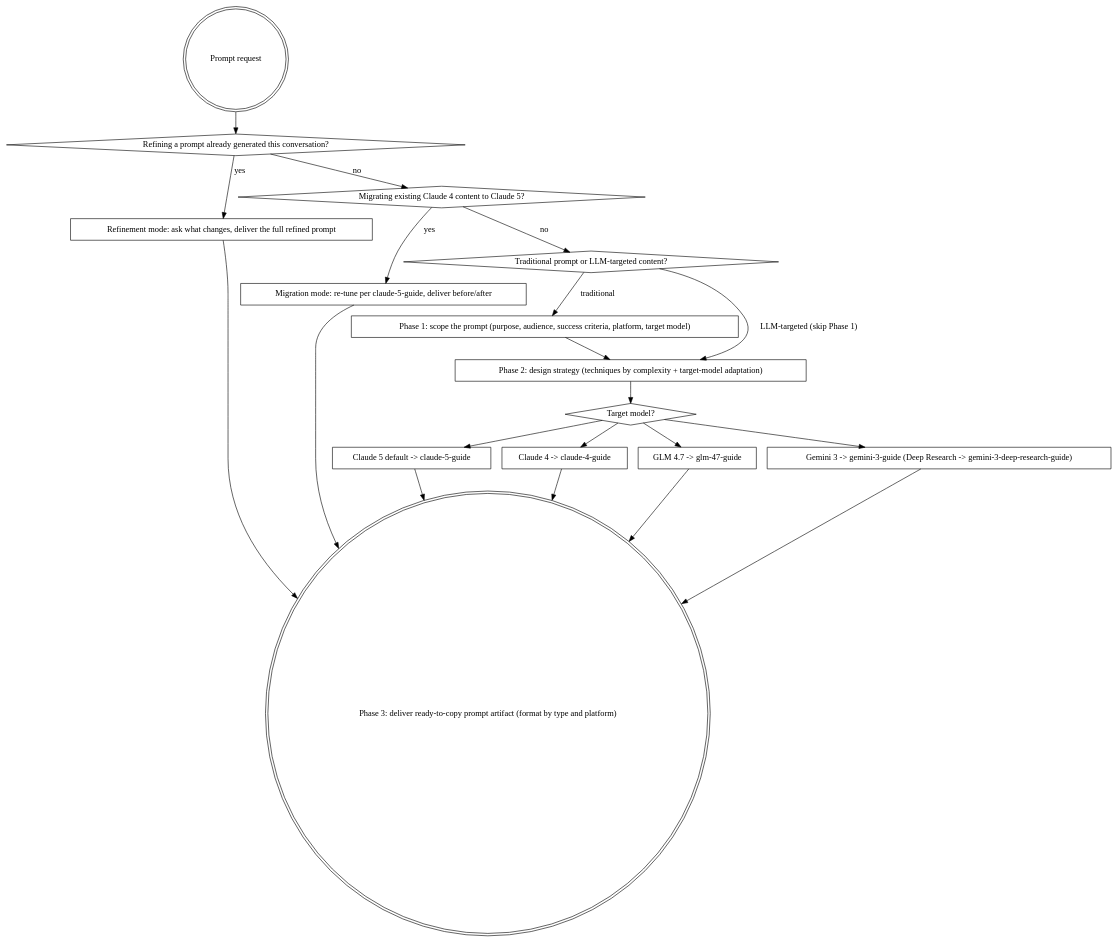
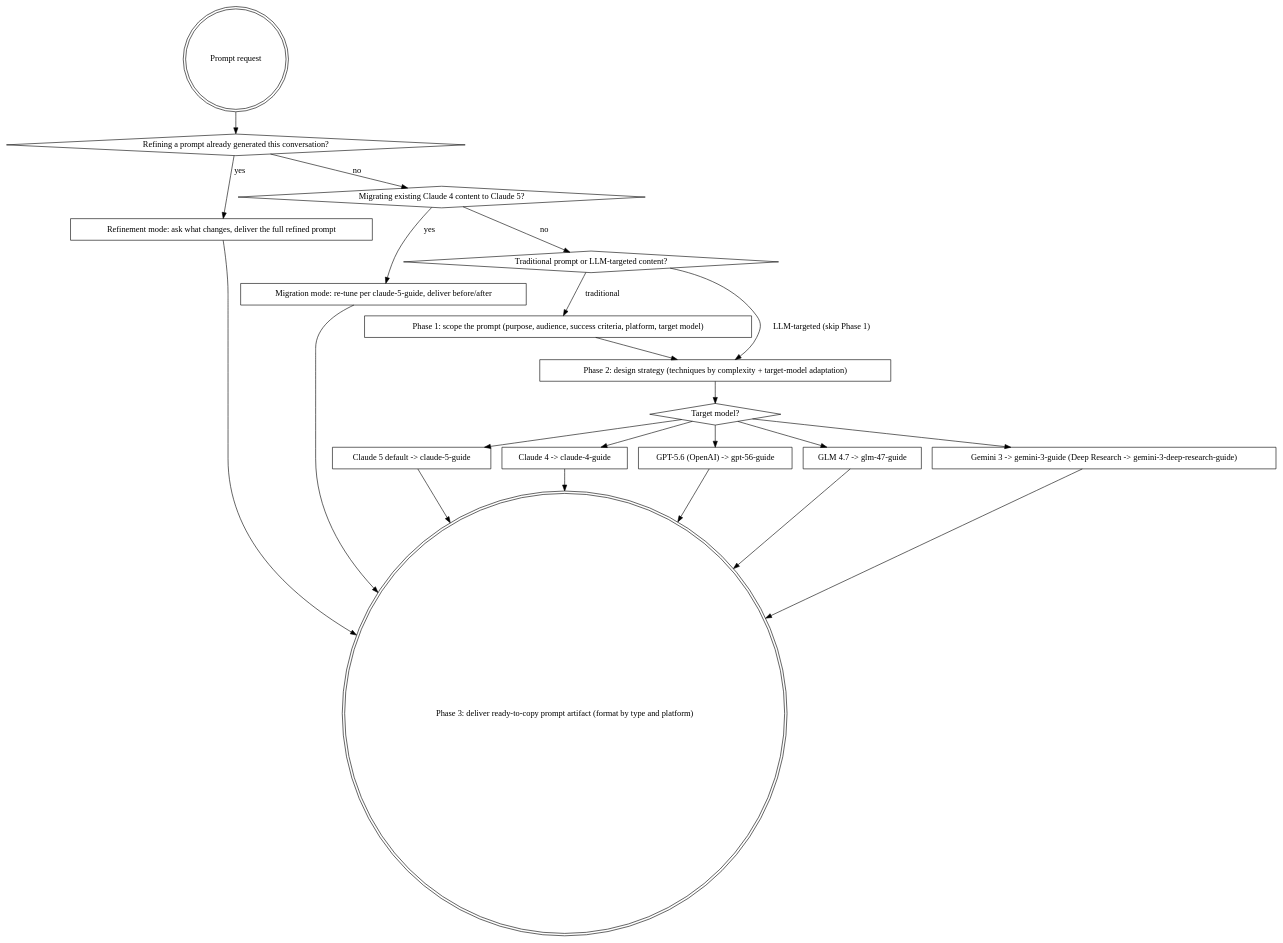
The diagram in plugins/llm-author/skills/prompt-engineering/SKILL.md (it-bens/ai-tools), drawn with Graphviz before and after one commit. The commit also changed other lines of this file and 20 other files, not shown here.

````diff
--- a/plugins/llm-author/skills/prompt-engineering/SKILL.md
+++ b/plugins/llm-author/skills/prompt-engineering/SKILL.md
@@ -47,38 +47,41 @@
 ```dot
 digraph prompt_engineering {
     "Prompt request" [shape=doublecircle];
     "Refining a prompt already generated this conversation?" [shape=diamond];
     "Refinement mode: ask what changes, deliver the full refined prompt" [shape=box];
     "Migrating existing Claude 4 content to Claude 5?" [shape=diamond];
     "Migration mode: re-tune per claude-5-guide, deliver before/after" [shape=box];
     "Traditional prompt or LLM-targeted content?" [shape=diamond];
     "Phase 1: scope the prompt (purpose, audience, success criteria, platform, target model)" [shape=box];
     "Phase 2: design strategy (techniques by complexity + target-model adaptation)" [shape=box];
     "Target model?" [shape=diamond];
     "Claude 5 default -> claude-5-guide" [shape=box];
     "Claude 4 -> claude-4-guide" [shape=box];
+    "GPT-5.6 (OpenAI) -> gpt-56-guide" [shape=box];
     "GLM 4.7 -> glm-47-guide" [shape=box];
     "Gemini 3 -> gemini-3-guide (Deep Research -> gemini-3-deep-research-guide)" [shape=box];
     "Phase 3: deliver ready-to-copy prompt artifact (format by type and platform)" [shape=doublecircle];
 
     "Prompt request" -> "Refining a prompt already generated this conversation?";
     "Refining a prompt already generated this conversation?" -> "Refinement mode: ask what changes, deliver the full refined prompt" [label="yes"];
     "Refinement mode: ask what changes, deliver the full refined prompt" -> "Phase 3: deliver ready-to-copy prompt artifact (format by type and platform)";
     "Refining a prompt already generated this conversation?" -> "Migrating existing Claude 4 content to Claude 5?" [label="no"];
     "Migrating existing Claude 4 content to Claude 5?" -> "Migration mode: re-tune per claude-5-guide, deliver before/after" [label="yes"];
     "Migration mode: re-tune per claude-5-guide, deliver before/after" -> "Phase 3: deliver ready-to-copy prompt artifact (format by type and platform)";
     "Migrating existing Claude 4 content to Claude 5?" -> "Traditional prompt or LLM-targeted content?" [label="no"];
     "Traditional prompt or LLM-targeted content?" -> "Phase 1: scope the prompt (purpose, audience, success criteria, platform, target model)" [label="traditional"];
     "Traditional prompt or LLM-targeted content?" -> "Phase 2: design strategy (techniques by complexity + target-model adaptation)" [label="LLM-targeted (skip Phase 1)"];
     "Phase 1: scope the prompt (purpose, audience, success criteria, platform, target model)" -> "Phase 2: design strategy (techniques by complexity + target-model adaptation)";
     "Phase 2: design strategy (techniques by complexity + target-model adaptation)" -> "Target model?";
     "Target model?" -> "Claude 5 default -> claude-5-guide";
     "Target model?" -> "Claude 4 -> claude-4-guide";
+    "Target model?" -> "GPT-5.6 (OpenAI) -> gpt-56-guide";
     "Target model?" -> "GLM 4.7 -> glm-47-guide";
     "Target model?" -> "Gemini 3 -> gemini-3-guide (Deep Research -> gemini-3-deep-research-guide)";
     "Claude 5 default -> claude-5-guide" -> "Phase 3: deliver ready-to-copy prompt artifact (format by type and platform)";
     "Claude 4 -> claude-4-guide" -> "Phase 3: deliver ready-to-copy prompt artifact (format by type and platform)";
+    "GPT-5.6 (OpenAI) -> gpt-56-guide" -> "Phase 3: deliver ready-to-copy prompt artifact (format by type and platform)";
     "GLM 4.7 -> glm-47-guide" -> "Phase 3: deliver ready-to-copy prompt artifact (format by type and platform)";
     "Gemini 3 -> gemini-3-guide (Deep Research -> gemini-3-deep-research-guide)" -> "Phase 3: deliver ready-to-copy prompt artifact (format by type and platform)";
 }
 ```
````
